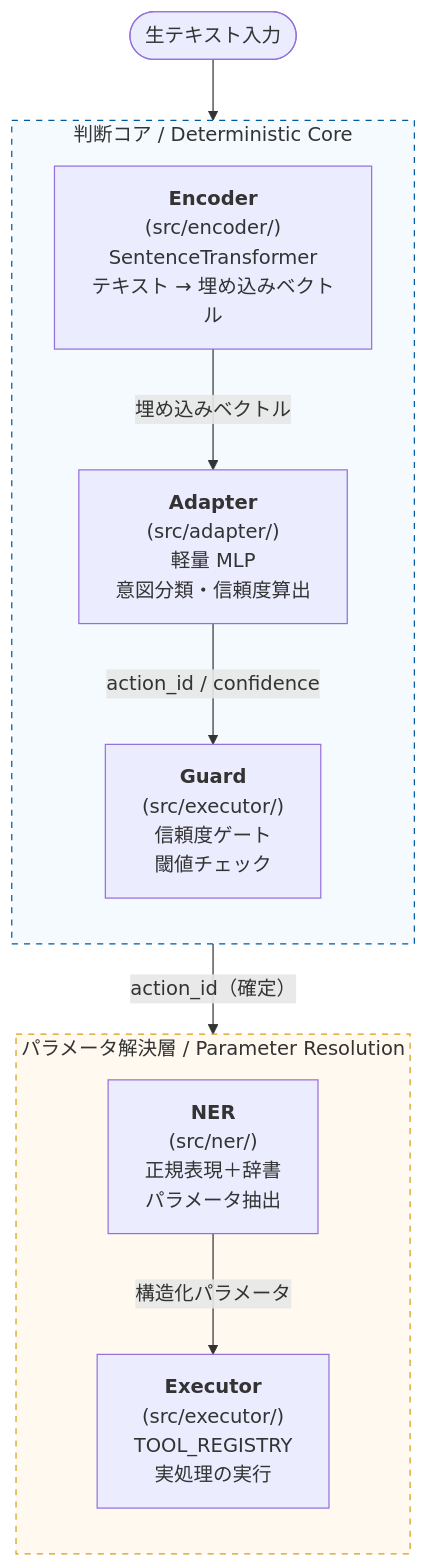
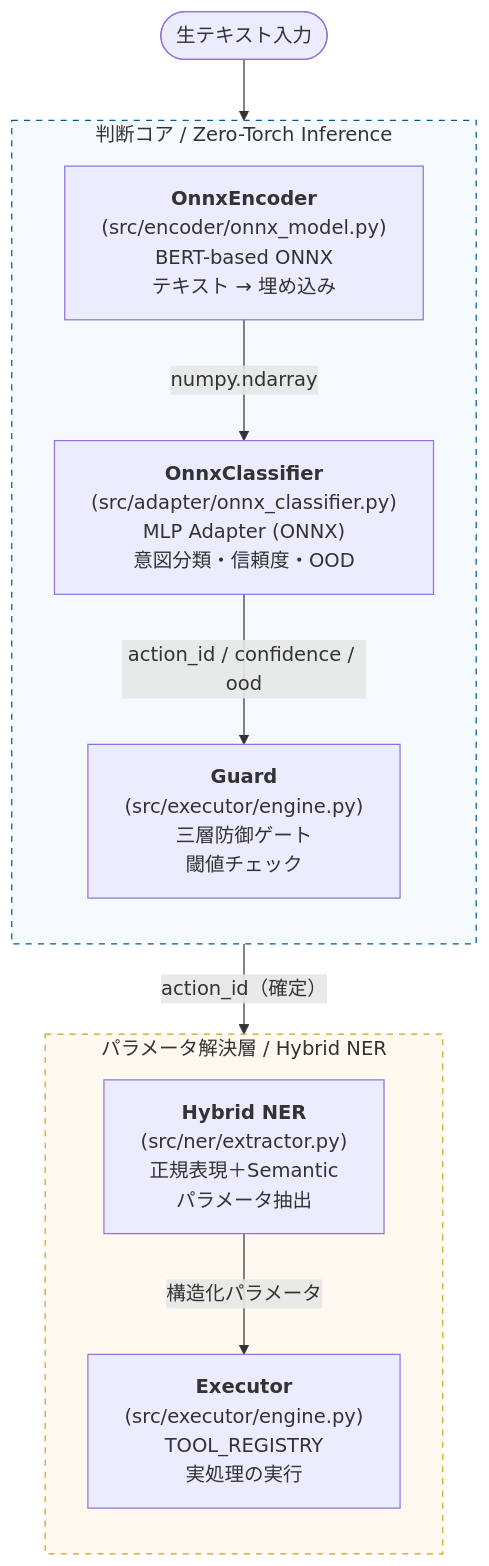
Before and after one commit to yosh95/deterministic-ai-agent: the third of 3 diagrams in README.md, drawn with Mermaid. The commit also changed other lines of this file and 18 other files, not shown here.

First line of the commit message:
feat: implement Hybrid ONNX system for zero-torch inference

````diff
--- a/README.md
+++ b/README.md
@@ -109,27 +82,27 @@
 ```mermaid
 flowchart TD
     Input([生テキスト入力]) --> CoreBox
 
-    subgraph CoreBox [判断コア / Deterministic Core]
+    subgraph CoreBox [判断コア / Zero-Torch Inference]
         direction TB
-        Encoder["<b>Encoder</b><br/>(src/encoder/)<br/>SentenceTransformer<br/>テキスト → 埋め込みベクトル"]
-        Adapter["<b>Adapter</b><br/>(src/adapter/)<br/>軽量 MLP<br/>意図分類・信頼度算出"]
-        Guard["<b>Guard</b><br/>(src/executor/)<br/>信頼度ゲート<br/>閾値チェック"]
+        Encoder["<b>OnnxEncoder</b><br/>(src/encoder/onnx_model.py)<br/>BERT-based ONNX<br/>テキスト → 埋め込み"]
+        Adapter["<b>OnnxClassifier</b><br/>(src/adapter/onnx_classifier.py)<br/>MLP Adapter (ONNX)<br/>意図分類・信頼度・OOD"]
+        Guard["<b>Guard</b><br/>(src/executor/engine.py)<br/>三層防御ゲート<br/>閾値チェック"]
 
-        Encoder -->|"埋め込みベクトル"| Adapter
-        Adapter -->|"action_id / confidence"| Guard
+        Encoder -->|"numpy.ndarray"| Adapter
+        Adapter -->|"action_id / confidence / ood"| Guard
     end
 
     Guard -->|"action_id（確定）"| ParamBox
 
-    subgraph ParamBox [パラメータ解決層 / Parameter Resolution]
+    subgraph ParamBox [パラメータ解決層 / Hybrid NER]
         direction TB
-        NER["<b>NER</b><br/>(src/ner/)<br/>正規表現＋辞書<br/>パラメータ抽出"]
-        Executor["<b>Executor</b><br/>(src/executor/)<br/>TOOL_REGISTRY<br/>実処理の実行"]
+        NER["<b>Hybrid NER</b><br/>(src/ner/extractor.py)<br/>正規表現＋Semantic<br/>パラメータ抽出"]
+        Executor["<b>Executor</b><br/>(src/executor/engine.py)<br/>TOOL_REGISTRY<br/>実処理の実行"]
 
         NER -->|"構造化パラメータ"| Executor
     end
 
     style CoreBox fill:#f5faff,stroke:#005a9e,stroke-dasharray: 5 5
     style ParamBox fill:#fff9f0,stroke:#d4a017,stroke-dasharray: 5 5
 ```
````
